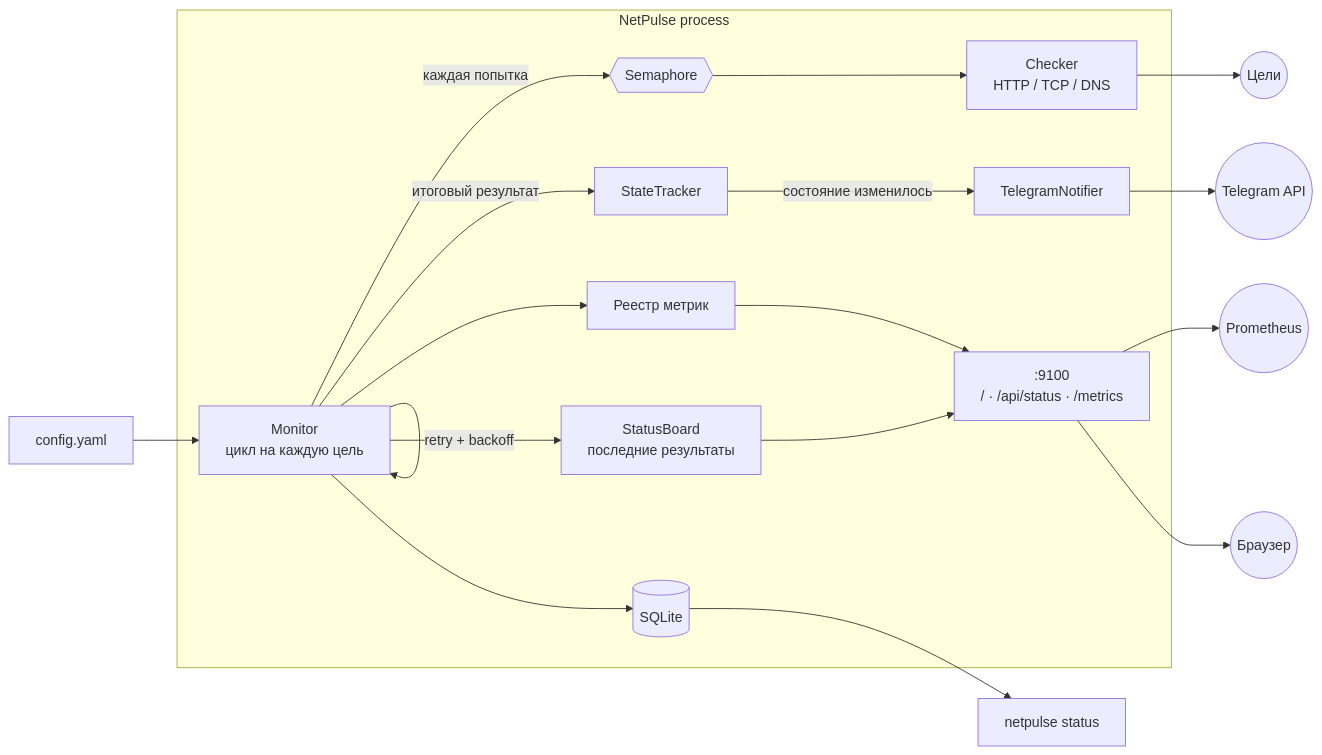
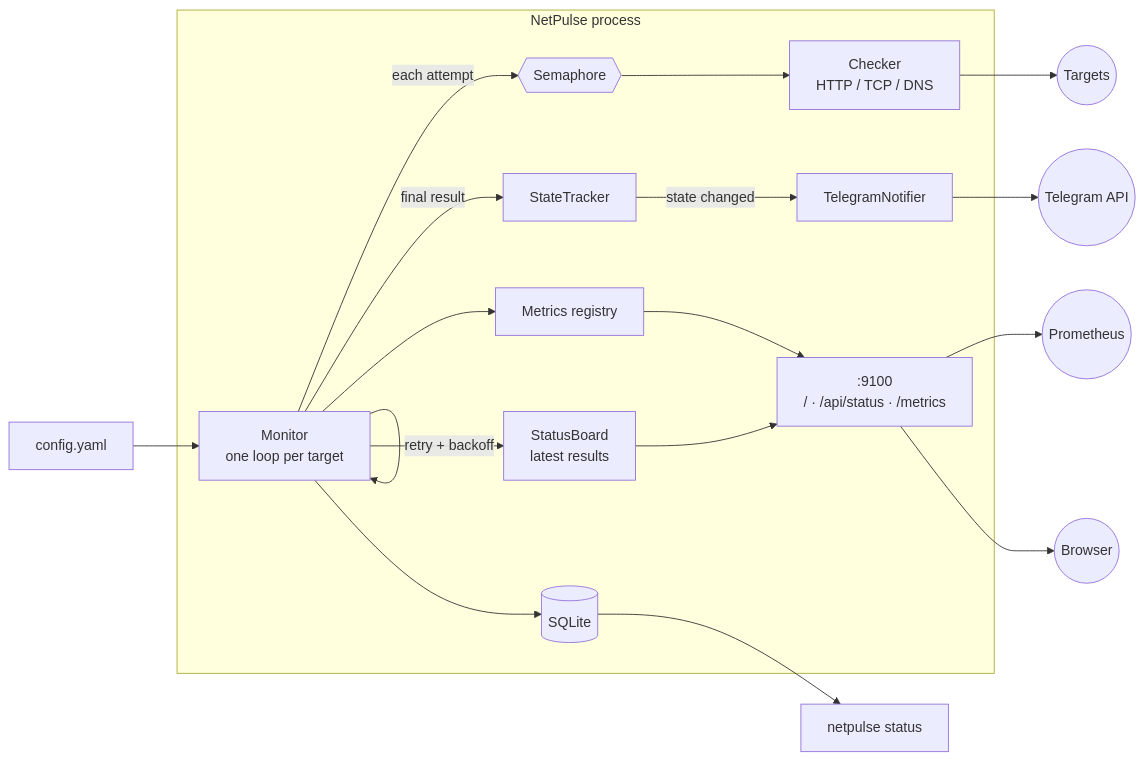
One commit to movsarusumov172-crypto/NetPulse changed the diagram in README.md. Above: the diagram before and after it, drawn with Mermaid. The commit also changed other lines of this file and 21 other files, not shown here.

````diff
--- a/README.md
+++ b/README.md
@@ -29,23 +29,23 @@
 ```mermaid
 flowchart LR
     CFG[config.yaml] --> MON
 
     subgraph NetPulse process
-        MON[Monitor<br/>цикл на каждую цель] -->|каждая попытка| SEM{{Semaphore}}
+        MON[Monitor<br/>one loop per target] -->|each attempt| SEM{{Semaphore}}
         SEM --> CHK[Checker<br/>HTTP / TCP / DNS]
         MON -->|retry + backoff| MON
-        MON -->|итоговый результат| ST[StateTracker]
+        MON -->|final result| ST[StateTracker]
         MON --> DB[(SQLite)]
-        MON --> MET[Реестр метрик]
-        MON --> BRD[StatusBoard<br/>последние результаты]
-        ST -->|состояние изменилось| TG[TelegramNotifier]
+        MON --> MET[Metrics registry]
+        MON --> BRD[StatusBoard<br/>latest results]
+        ST -->|state changed| TG[TelegramNotifier]
         MET --> EP[":9100<br/>/ · /api/status · /metrics"]
         BRD --> EP
     end
 
-    CHK --> NET((Цели))
+    CHK --> NET((Targets))
     TG --> API((Telegram API))
     EP --> PROM((Prometheus))
-    EP --> WEB((Браузер))
+    EP --> WEB((Browser))
     DB --> CLI[netpulse status]
 ```
````
